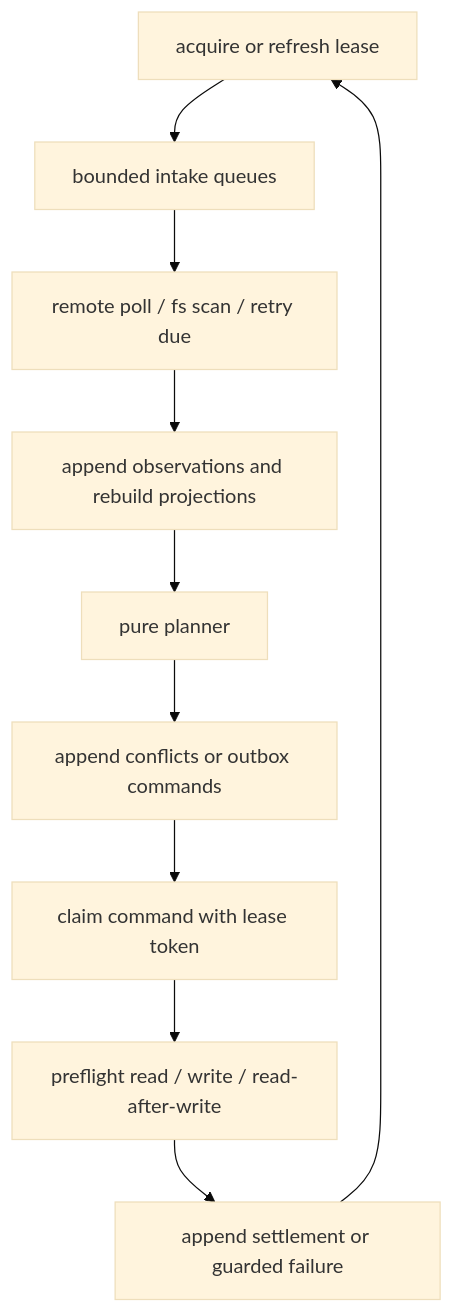
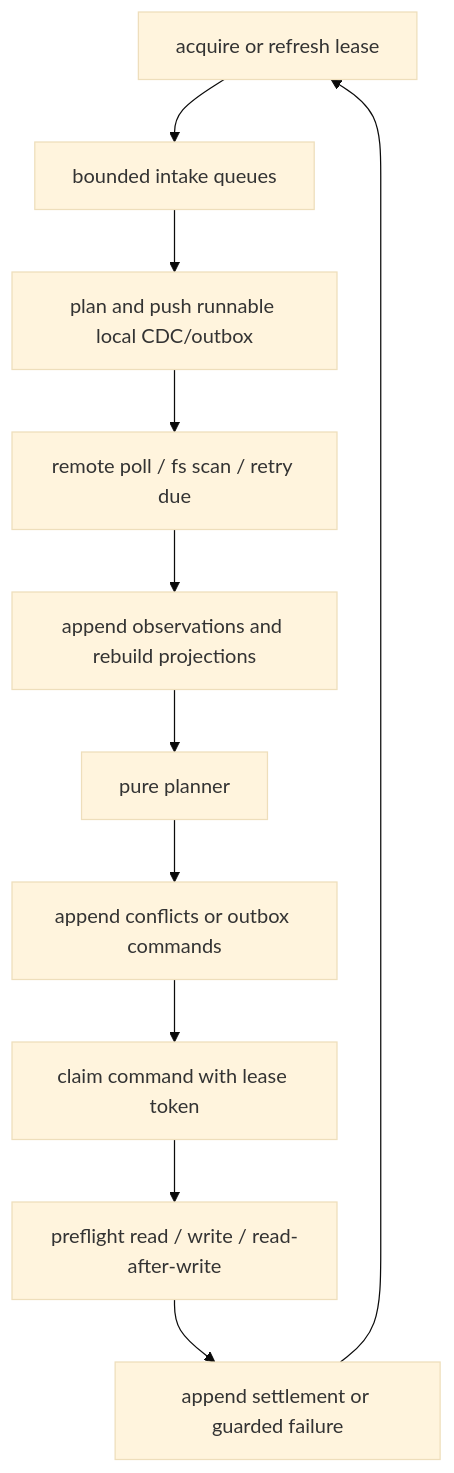
Before and after one commit to overengineeringstudio/effect-utils: the fourth of 4 diagrams in packages/@overeng/notion-datasource-sync/docs/vrs/spec.md, drawn with Mermaid (base theme). The commit also changed other lines of this file and 14 other files, not shown here.

````diff
--- a/packages/@overeng/notion-datasource-sync/docs/vrs/spec.md
+++ b/packages/@overeng/notion-datasource-sync/docs/vrs/spec.md
@@ -974,12 +987,13 @@
 ```mermaid
 flowchart TD
   Lease[acquire or refresh lease] --> Intake[bounded intake queues]
-  Intake --> Observe[remote poll / fs scan / retry due]
+  Intake --> LocalFast[plan and push runnable local CDC/outbox]
+  LocalFast --> Observe[remote poll / fs scan / retry due]
   Observe --> Tx[append observations and rebuild projections]
   Tx --> Plan[pure planner]
   Plan --> Commands[append conflicts or outbox commands]
   Commands --> Execute[claim command with lease token]
   Execute --> Verify[preflight read / write / read-after-write]
   Verify --> Settle[append settlement or guarded failure]
   Settle --> Lease
 ```
````
